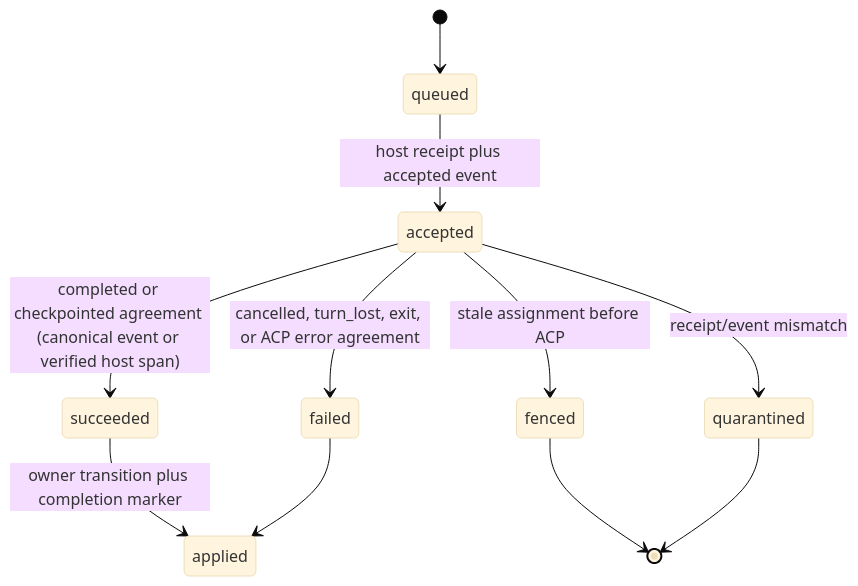
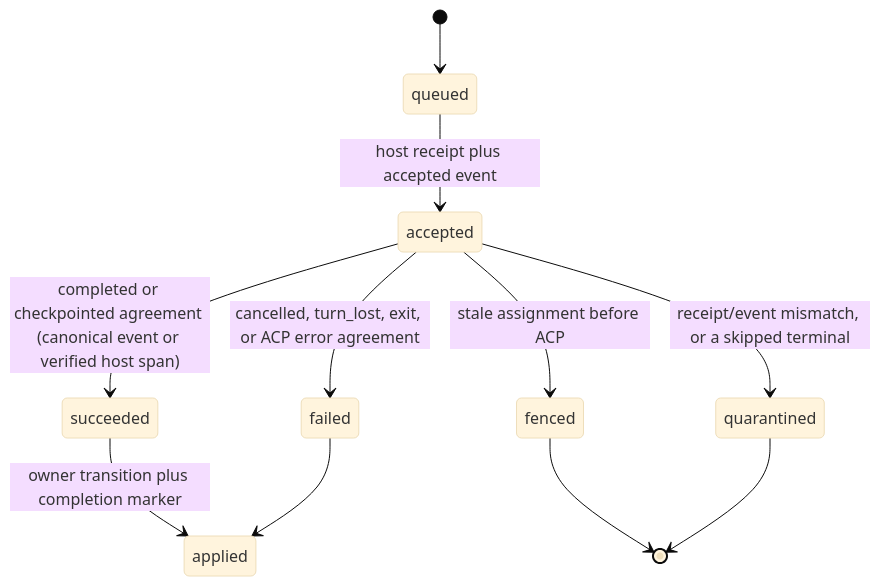
The first of 9 diagrams in docs/system-analytics/execution-prompt-lifecycle.md (maister-dev/maister), drawn with Mermaid (base theme) before and after one commit. The commit also changed other lines of this file and 23 other files, not shown here.

First line of the commit message:
docs(outbox-review): remediation SDD — refusal cause and new-work signal, skipped-terminal quarantine, queue backstop, Pass 2 exclusion

````diff
--- a/docs/system-analytics/execution-prompt-lifecycle.md
+++ b/docs/system-analytics/execution-prompt-lifecycle.md
@@ -116,13 +116,13 @@
 ```mermaid
 stateDiagram-v2
   [*] --> queued
   queued --> accepted: host receipt plus accepted event
   accepted --> succeeded: completed or checkpointed agreement (canonical event or verified host span)
   accepted --> failed: cancelled, turn_lost, exit, or ACP error agreement
   accepted --> fenced: stale assignment before ACP
-  accepted --> quarantined: receipt/event mismatch
+  accepted --> quarantined: receipt/event mismatch, or a skipped terminal
   succeeded --> applied: owner transition plus completion marker
   failed --> applied
   fenced --> [*]
   quarantined --> [*]
 ```
````
